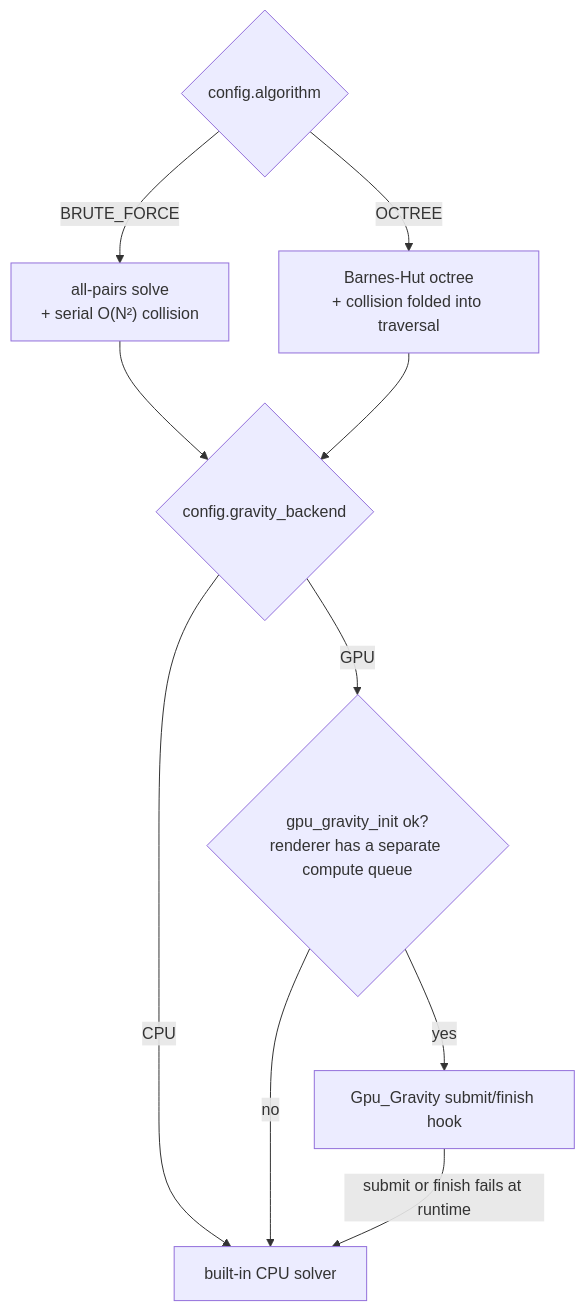
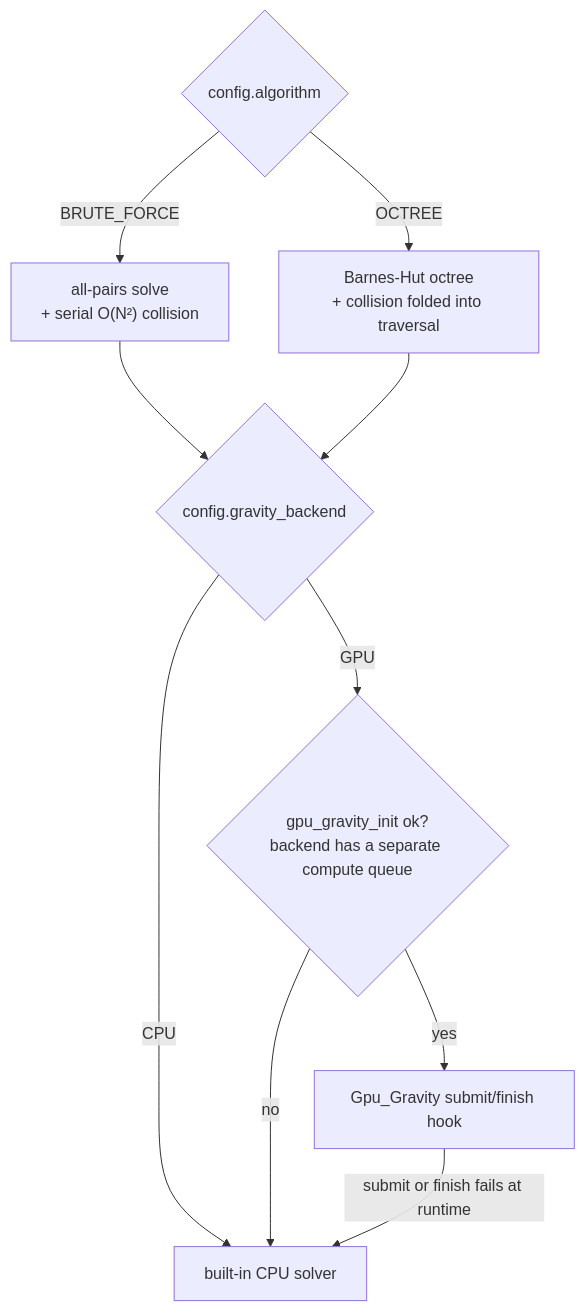
One commit to TanukiConDos/Gravity-Simulator changed the sixth of 7 diagrams in docs/architecture.md. Above: the diagram before and after it, drawn with Mermaid. The commit also changed other lines of this file and 8 other files, not shown here.

First line of the commit message:
docs: document the graphics front/backend split and add a layering guard

````diff
--- a/docs/architecture.md
+++ b/docs/architecture.md
@@ -217,13 +236,13 @@
 ```mermaid
 flowchart TD
     algo{"config.algorithm"} -->|"BRUTE_FORCE"| bf["all-pairs solve<br/>+ serial O(N²) collision"]
     algo -->|"OCTREE"| ot["Barnes-Hut octree<br/>+ collision folded into traversal"]
 
     bf --> backend{"config.gravity_backend"}
     ot --> backend
     backend -->|"CPU"| cpu["built-in CPU solver"]
-    backend -->|"GPU"| init{"gpu_gravity_init ok?<br/>renderer has a separate compute queue"}
+    backend -->|"GPU"| init{"gpu_gravity_init ok?<br/>backend has a separate compute queue"}
     init -->|"yes"| hook["Gpu_Gravity submit/finish hook"]
     init -->|"no"| cpu
     hook -->|"submit or finish fails at runtime"| cpu
 ```
````
